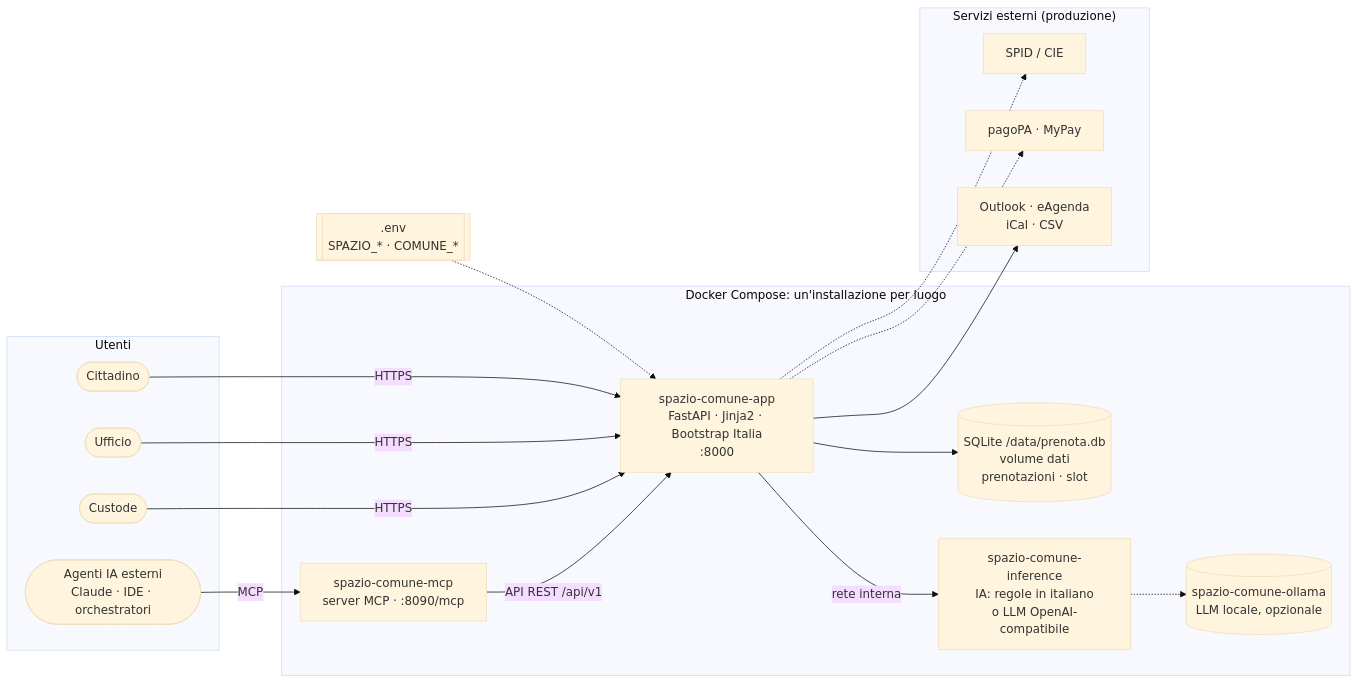
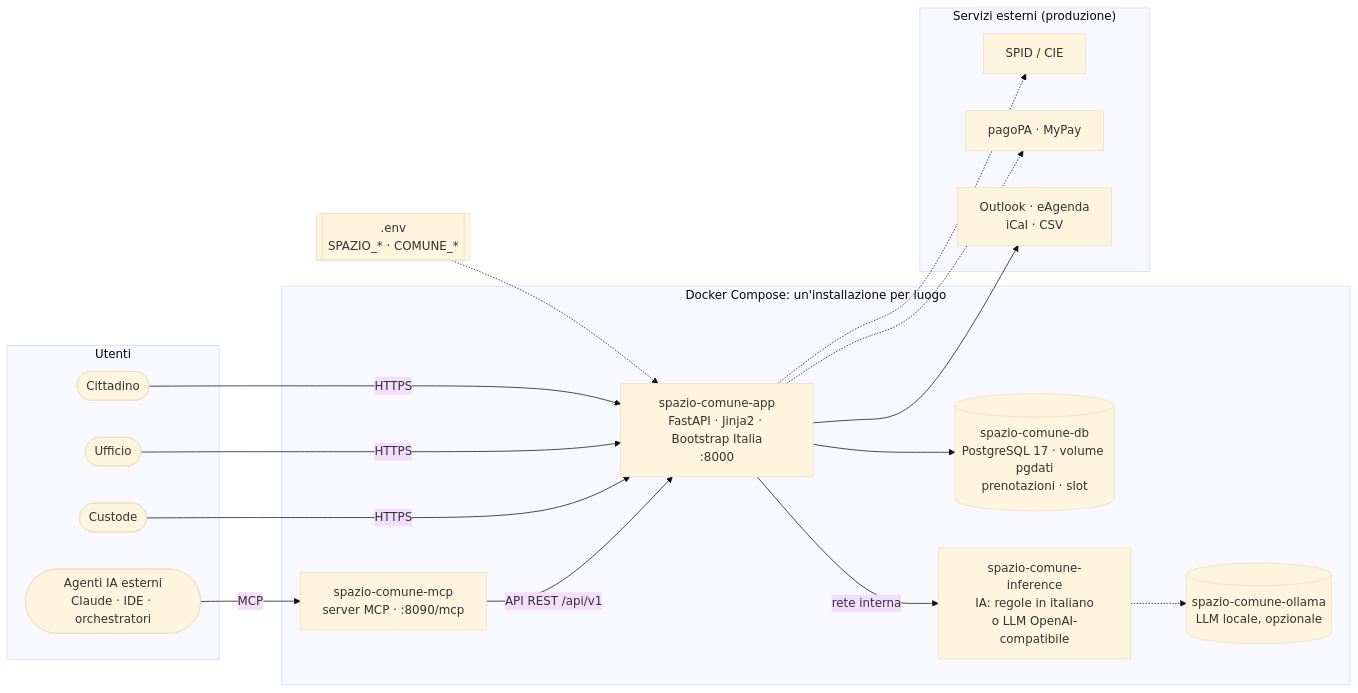
Before and after one commit to agent-engineering-studio/spazio-comune: the diagram in README.md, drawn with Mermaid (base theme). The commit also changed other lines of this file and 16 other files, not shown here.

First line of the commit message:
Database: solo PostgreSQL

````diff
--- a/README.md
+++ b/README.md
@@ -85,31 +85,31 @@
 ```mermaid
 flowchart LR
   ENV[[".env<br/>SPAZIO_* · COMUNE_*"]]
   subgraph Utenti
     C([Cittadino])
     U([Ufficio])
     K([Custode])
     AG([Agenti IA esterni<br/>Claude · IDE · orchestratori])
   end
   subgraph Stack["Docker Compose: un'installazione per luogo"]
     APP["spazio-comune-app<br/>FastAPI · Jinja2 · Bootstrap Italia<br/>:8000"]
-    DB[("SQLite /data/prenota.db<br/>volume dati<br/>prenotazioni · slot")]
+    DB[("spazio-comune-db<br/>PostgreSQL 17 · volume pgdati<br/>prenotazioni · slot")]
     INF["spazio-comune-inference<br/>IA: regole in italiano<br/>o LLM OpenAI-compatibile"]
     MCP["spazio-comune-mcp<br/>server MCP · :8090/mcp"]
     OLL[("spazio-comune-ollama<br/>LLM locale, opzionale")]
   end
   subgraph Esterni["Servizi esterni (produzione)"]
     SPID["SPID / CIE"]
     PAGO["pagoPA · MyPay"]
     CAL["Outlook · eAgenda<br/>iCal · CSV"]
   end
   ENV -.-> APP
   C & U & K -->|HTTPS| APP
   AG -->|MCP| MCP
   MCP -->|"API REST /api/v1"| APP
   APP --> DB
   APP -->|rete interna| INF
   INF -.-> OLL
   APP -.-> SPID & PAGO
   APP --> CAL
 ```
````
